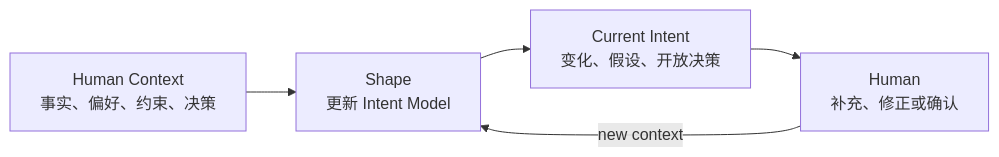
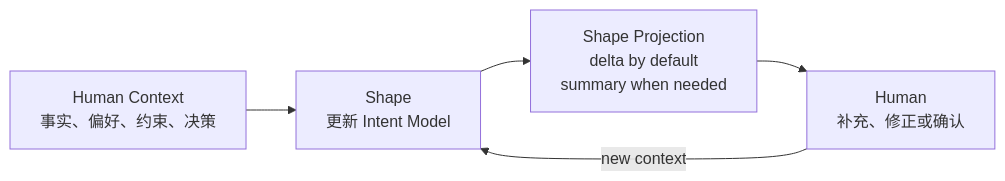
The second of 7 diagrams in .human-react/loop.md (FlutteryEmbers/human-react), drawn with Mermaid before and after one commit. The commit also changed other lines of this file and 14 other files, not shown here.

````diff
--- a/.human-react/loop.md
+++ b/.human-react/loop.md
@@ -59,12 +63,12 @@
 ```mermaid
 flowchart LR
     HC["Human Context<br/>事实、偏好、约束、决策"]
     S["Shape<br/>更新 Intent Model"]
-    O["Current Intent<br/>变化、假设、开放决策"]
+    O["Shape Projection<br/>delta by default<br/>summary when needed"]
     H["Human<br/>补充、修正或确认"]
 
     HC --> S
     S --> O
     O --> H
     H -->|"new context"| S
 ```
````
